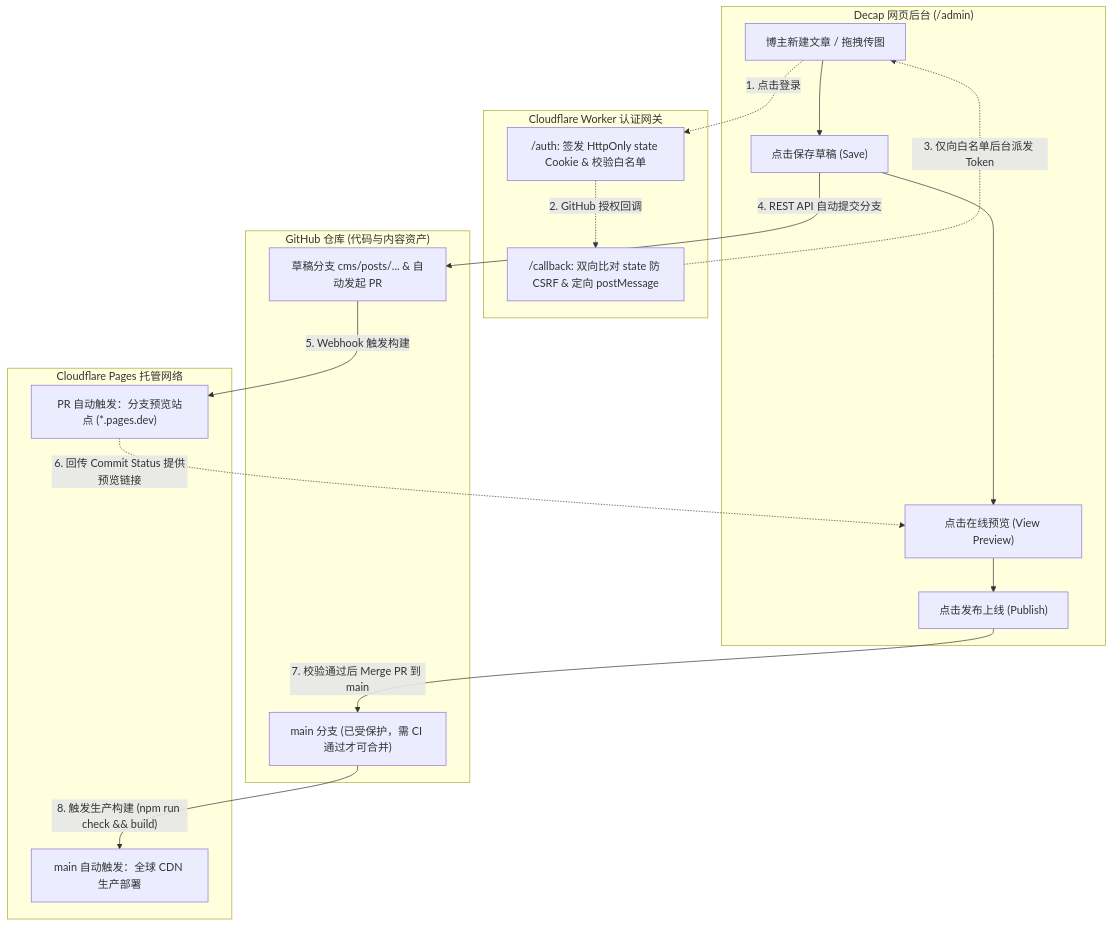
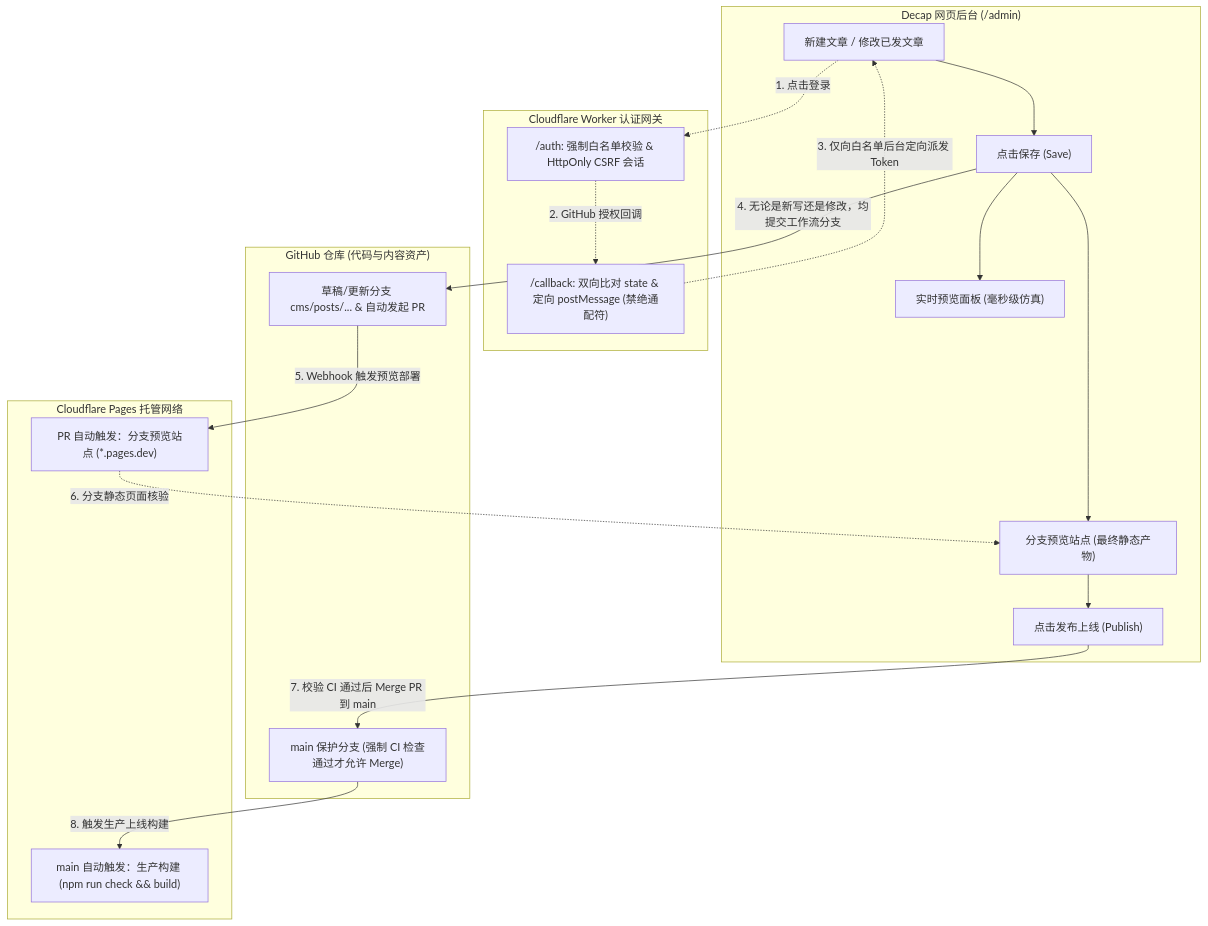
Before and after one commit to ForeSee2024/huaoblog: the first of 2 diagrams in docs/ENGINEERING_SPEC.md, drawn with Mermaid. The commit also changed other lines of this file and 9 other files, not shown here.

````diff
--- a/docs/ENGINEERING_SPEC.md
+++ b/docs/ENGINEERING_SPEC.md
@@ -47,32 +47,33 @@
 ```mermaid
 flowchart TD
     subgraph CMS["Decap 网页后台 (/admin)"]
-        A1["博主新建文章 / 拖拽传图"] --> A2["点击保存草稿 (Save)"]
-        A2 --> A3["点击在线预览 (View Preview)"]
-        A3 --> A4["点击发布上线 (Publish)"]
+        A1["新建文章 / 修改已发文章"] --> A2["点击保存 (Save)"]
+        A2 --> A3["实时预览面板 (毫秒级仿真)"]
+        A2 --> A4["分支预览站点 (最终静态产物)"]
+        A4 --> A5["点击发布上线 (Publish)"]
     end
 
     subgraph Auth["Cloudflare Worker 认证网关"]
-        W1["/auth: 签发 HttpOnly state Cookie & 校验白名单"]
-        W2["/callback: 双向比对 state 防 CSRF & 定向 postMessage"]
+        W1["/auth: 强制白名单校验 & HttpOnly CSRF 会话"]
+        W2["/callback: 双向比对 state & 定向 postMessage (禁绝通配符)"]
     end
 
     subgraph Repo["GitHub 仓库 (代码与内容资产)"]
-        G1["草稿分支 cms/posts/... & 自动发起 PR"]
-        G2["main 分支 (已受保护，需 CI 通过才可合并)"]
+        G1["草稿/更新分支 cms/posts/... & 自动发起 PR"]
+        G2["main 保护分支 (强制 CI 检查通过才允许 Merge)"]
     end
 
     subgraph Hosting["Cloudflare Pages 托管网络"]
         P1["PR 自动触发：分支预览站点 (*.pages.dev)"]
-        P2["main 自动触发：全球 CDN 生产部署"]
+        P2["main 自动触发：生产构建 (npm run check && build)"]
     end
 
     A1 -.->|"1. 点击登录"| W1
     W1 -.->|"2. GitHub 授权回调"| W2
-    W2 -.->|"3. 仅向白名单后台派发 Token"| A1
-    A2 -->|"4. REST API 自动提交分支"| G1
-    G1 -->|"5. Webhook 触发构建"| P1
-    P1 -.->|"6. 回传 Commit Status 提供预览链接"| A3
-    A4 -->|"7. 校验通过后 Merge PR 到 main"| G2
-    G2 -->|"8. 触发生产构建 (npm run check && build)"| P2
+    W2 -.->|"3. 仅向白名单后台定向派发 Token"| A1
+    A2 -->|"4. 无论是新写还是修改，均提交工作流分支"| G1
+    G1 -->|"5. Webhook 触发预览部署"| P1
+    P1 -.->|"6. 分支静态页面核验"| A4
+    A5 -->|"7. 校验 CI 通过后 Merge PR 到 main"| G2
+    G2 -->|"8. 触发生产上线构建"| P2
 ```
````
